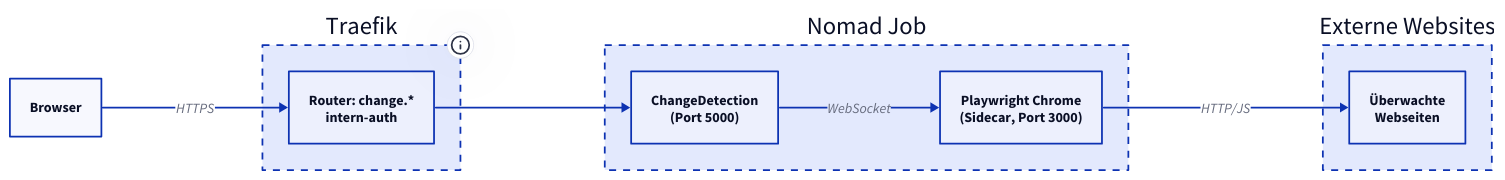
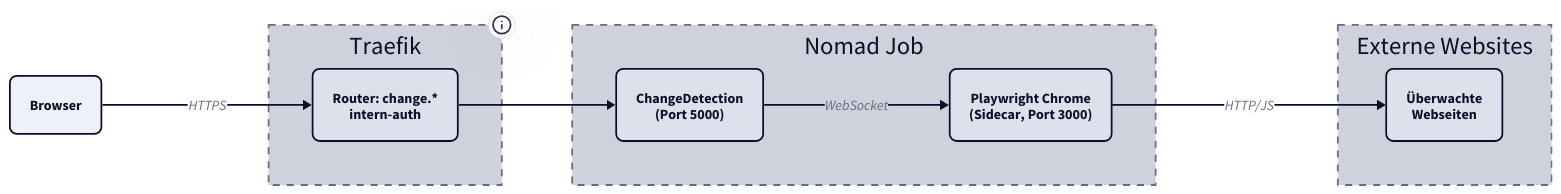
The diagram in docs/changedetection/index.md (derever-labs/homelab-wiki), drawn with D2 before and after one commit. The commit also changed other lines of this file and 109 other files, not shown here.

````diff
--- a/docs/changedetection/index.md
+++ b/docs/changedetection/index.md
@@ -31,27 +30,44 @@
 ```d2
+vars: {
+  d2-config: {
+    theme-id: 1
+    layout-engine: elk
+  }
+}
+
 direction: right
 
-USER: Browser
+USER: Browser {
+  style.border-radius: 8
+}
 
 Traefik: Traefik {
   style.stroke-dash: 4
   tooltip: 10.0.2.20
-  R1: "Router: change.*\nintern-auth"
+  R1: "Router: change.*\nintern-auth" {
+    style.border-radius: 8
+  }
 }
 
 Nomad: Nomad Job {
   style.stroke-dash: 4
-  CD: "ChangeDetection\n(Port 5000)"
-  PW: "Playwright Chrome\n(Sidecar, Port 3000)"
+  CD: "ChangeDetection\n(Port 5000)" {
+    style.border-radius: 8
+  }
+  PW: "Playwright Chrome\n(Sidecar, Port 3000)" {
+    style.border-radius: 8
+  }
 }
 
 External: Externe Websites {
   style.stroke-dash: 4
-  WEB: "Überwachte\nWebseiten"
+  WEB: "Überwachte\nWebseiten" {
+    style.border-radius: 8
+  }
 }
 
 USER -> Traefik.R1: HTTPS
 Traefik.R1 -> Nomad.CD
 Nomad.CD -> Nomad.PW: WebSocket
 Nomad.PW -> External.WEB: HTTP/JS
 ```
````
